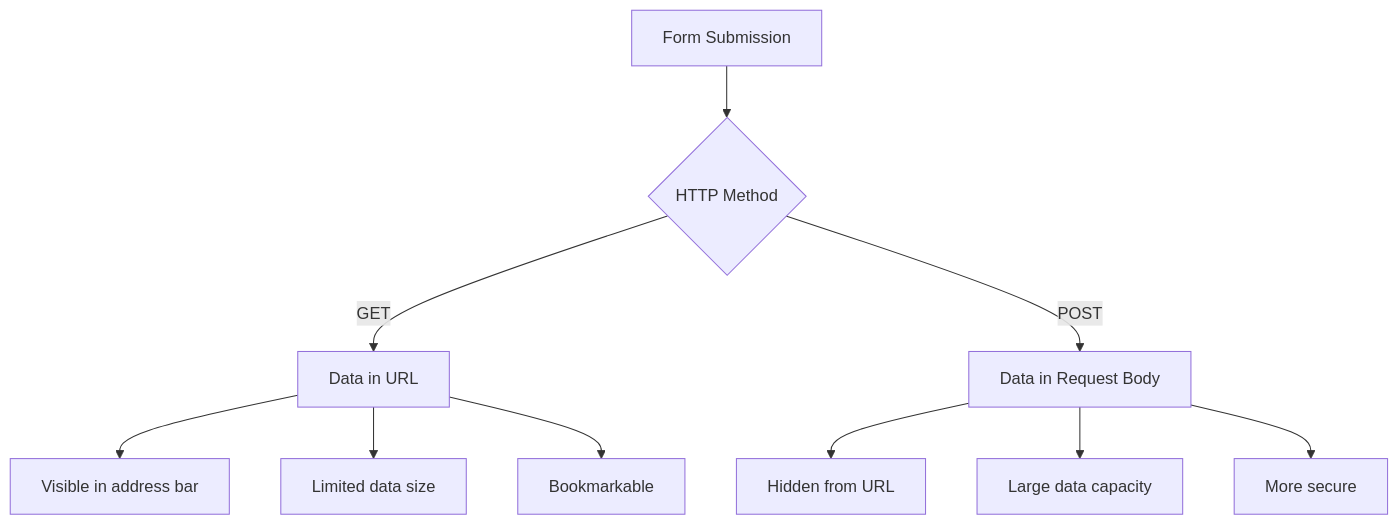
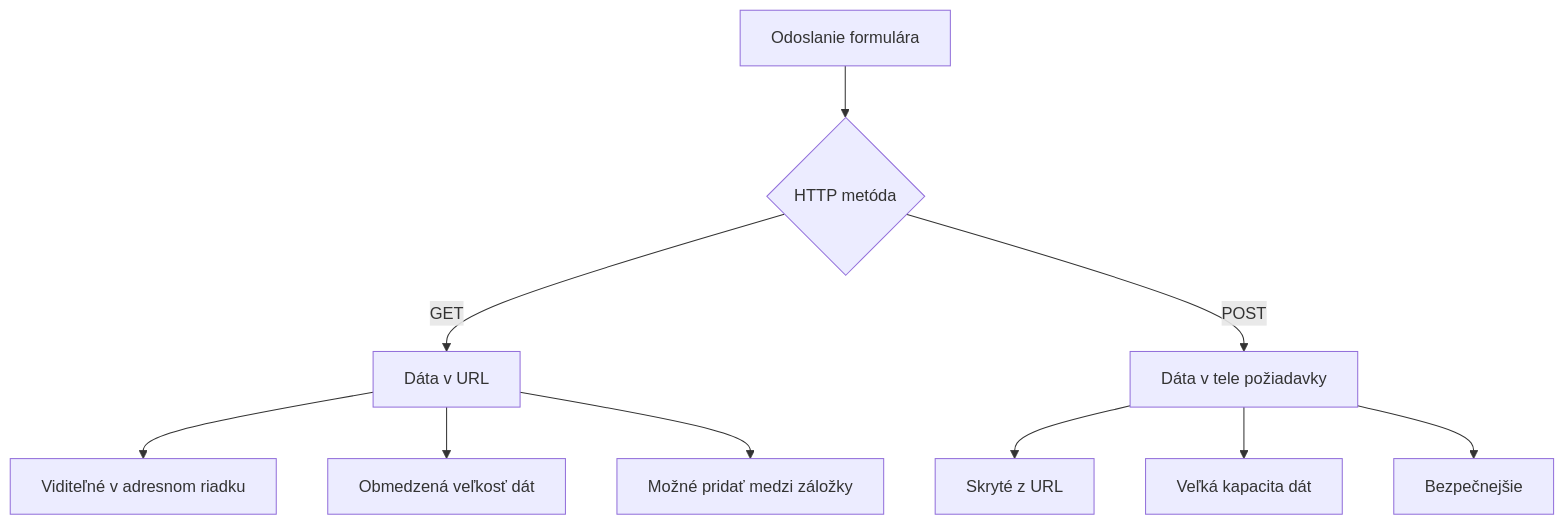
One commit to microsoft/Web-Dev-For-Beginners changed the fourth of 9 diagrams in translations/sk/7-bank-project/2-forms/README.md. Above: the diagram before and after it, drawn with Mermaid. The commit also changed other lines of this file and 99 other files, not shown here.

````diff
--- a/translations/sk/7-bank-project/2-forms/README.md
+++ b/translations/sk/7-bank-project/2-forms/README.md
@@ -239,14 +299,14 @@
 ```mermaid
 graph TD
-    A[Form Submission] --> B{HTTP Method}
-    B -->|GET| C[Data in URL]
-    B -->|POST| D[Data in Request Body]
+    A[Odoslanie formulára] --> B{HTTP metóda}
+    B -->|GET| C[Dáta v URL]
+    B -->|POST| D[Dáta v tele požiadavky]
     
-    C --> E[Visible in address bar]
-    C --> F[Limited data size]
-    C --> G[Bookmarkable]
+    C --> E[Viditeľné v adresnom riadku]
+    C --> F[Obmedzená veľkosť dát]
+    C --> G[Možné pridať medzi záložky]
     
-    D --> H[Hidden from URL]
-    D --> I[Large data capacity]
-    D --> J[More secure]
+    D --> H[Skryté z URL]
+    D --> I[Veľká kapacita dát]
+    D --> J[Bezpečnejšie]
 ```
````
